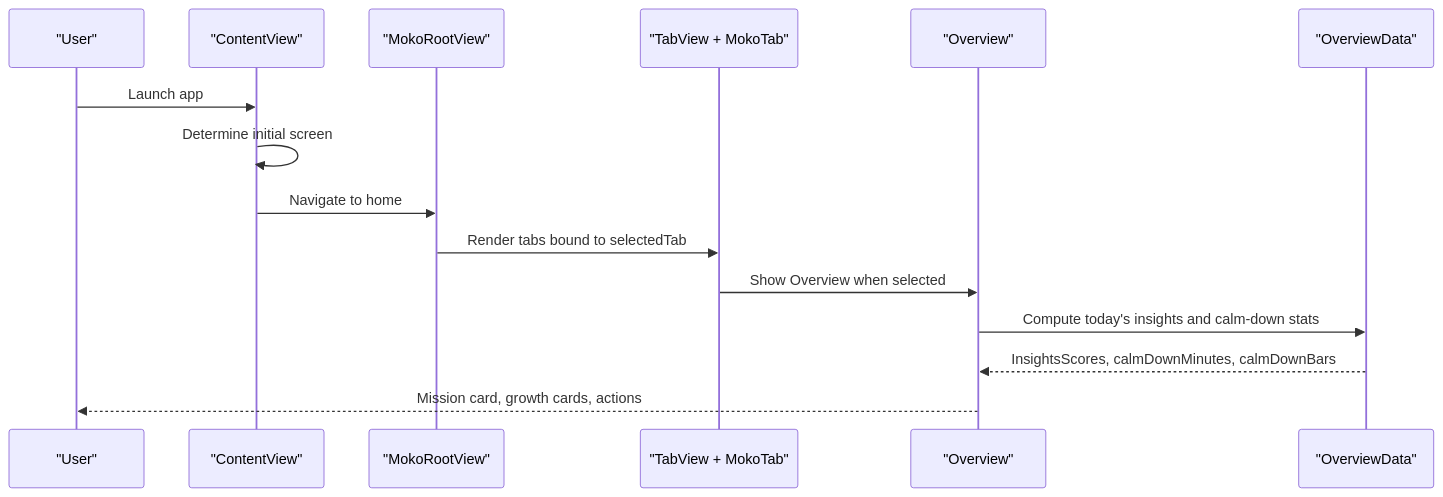
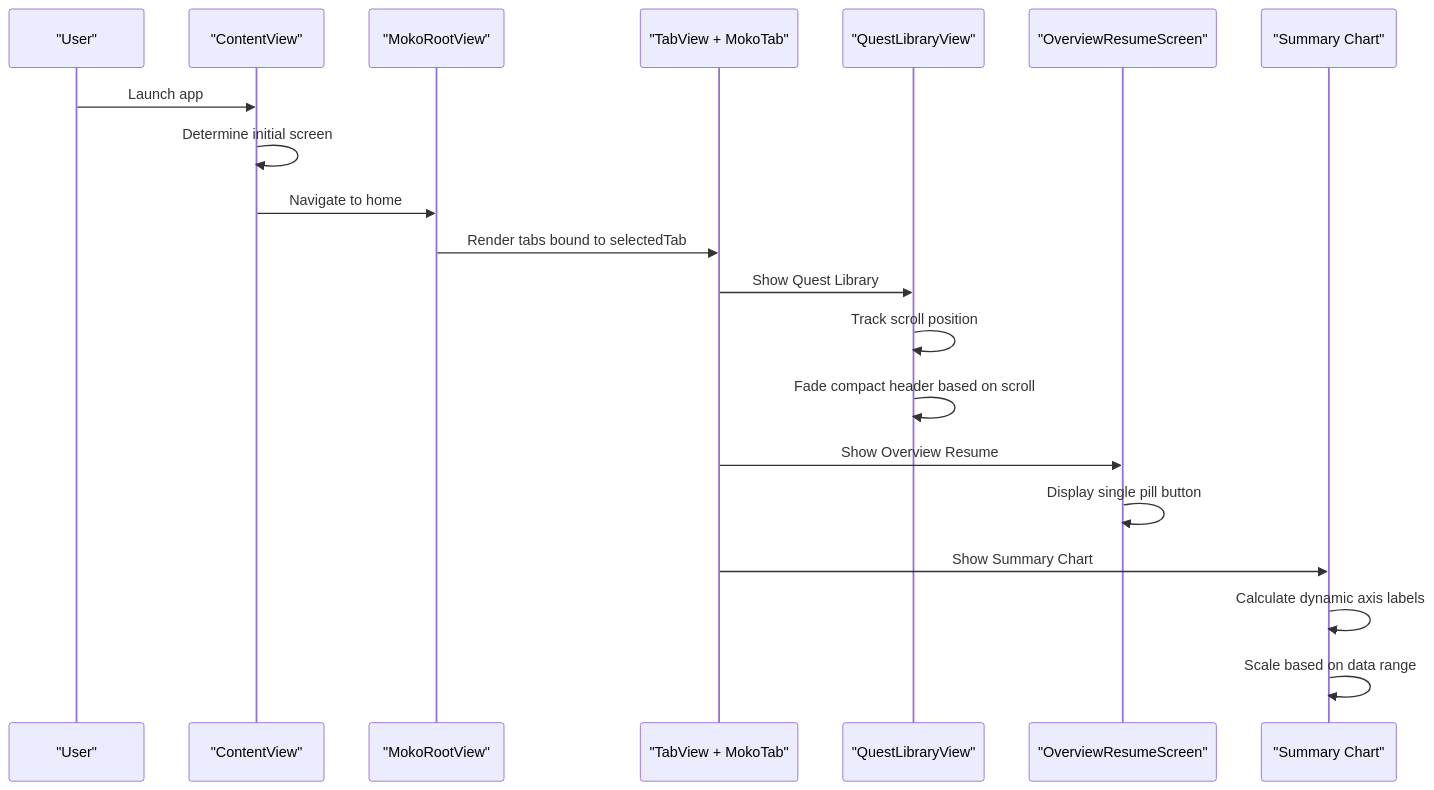
The second of 11 diagrams in .qoder/repowiki/en/content/UI Design System/UI Design System.md (Moko-Your-Social-Capy/Moko---iOS-Native-App-), drawn with Mermaid before and after one commit. The commit also changed other lines of this file and 101 other files, not shown here.

````diff
--- a/.qoder/repowiki/en/content/UI Design System/UI Design System.md
+++ b/.qoder/repowiki/en/content/UI Design System/UI Design System.md
@@ -137,17 +183,22 @@
 ```mermaid
 sequenceDiagram
 participant User as "User"
 participant App as "ContentView"
 participant Root as "MokoRootView"
 participant Tabs as "TabView + MokoTab"
-participant Overview as "Overview"
-participant Data as "OverviewData"
+participant QuestLib as "QuestLibraryView"
+participant Overview as "OverviewResumeScreen"
+participant Charts as "Summary Chart"
 User->>App : Launch app
 App->>App : Determine initial screen
 App->>Root : Navigate to home
 Root->>Tabs : Render tabs bound to selectedTab
-Tabs->>Overview : Show Overview when selected
-Overview->>Data : Compute today's insights and calm-down stats
-Data-->>Overview : InsightsScores, calmDownMinutes, calmDownBars
-Overview-->>User : Mission card, growth cards, actions
+Tabs->>QuestLib : Show Quest Library
+QuestLib->>QuestLib : Track scroll position
+QuestLib->>QuestLib : Fade compact header based on scroll
+Tabs->>Overview : Show Overview Resume
+Overview->>Overview : Display single pill button
+Tabs->>Charts : Show Summary Chart
+Charts->>Charts : Calculate dynamic axis labels
+Charts->>Charts : Scale based on data range
 ```
````
